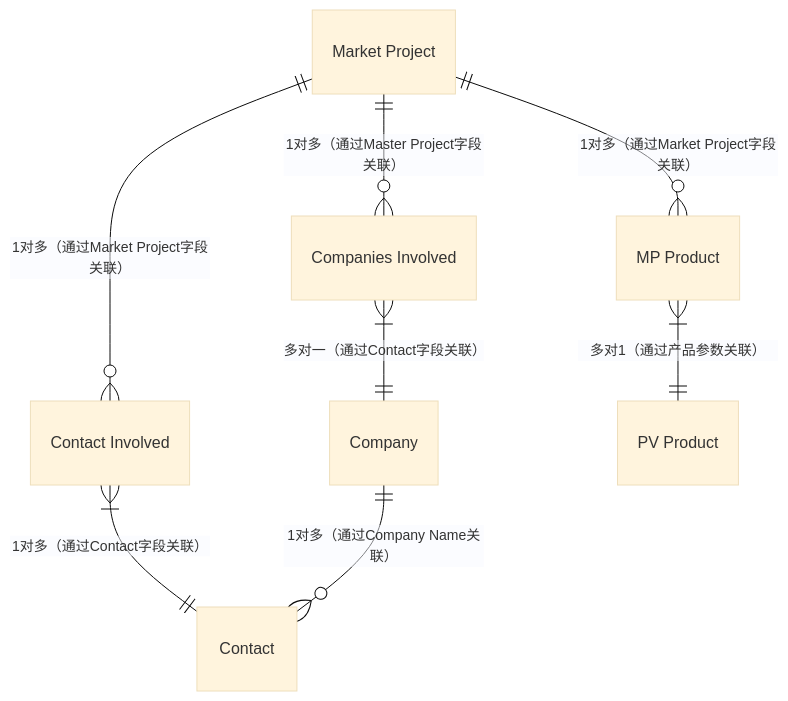
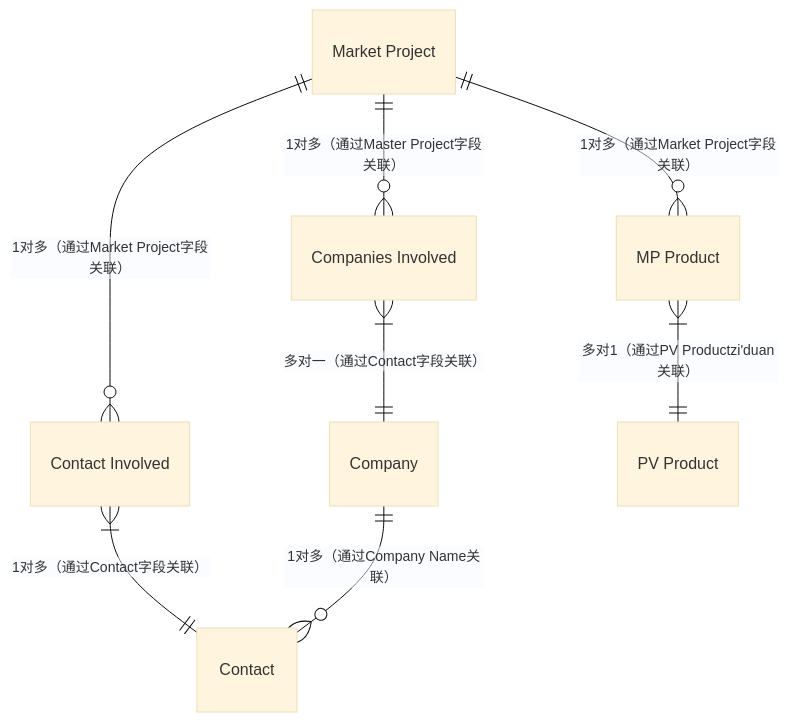
Before and after one commit to zhangziru-33/iodraw-files: the diagram in all/Norden数据E-R图(7个对象，+contact).md, drawn with Mermaid (base theme).

Commit message:
2025-12-04 14:49:48 update

````diff
--- a/all/Norden数据E-R图(7个对象，+contact).md
+++ b/all/Norden数据E-R图(7个对象，+contact).md
@@ -1,20 +1,20 @@
 ```mermaid
 erDiagram
     
     %% Company ||--o{ "PV Product" : "1对多（通过Company字段关联）"
     
     
     "Market Project" ||--o{ "Contact Involved" : "1对多（通过Market Project字段关联）"
     "Contact Involved" }|--|| "Contact" : "1对多（通过Contact字段关联）"
     %% Contact ||--o{ "Conatct Involved" : "1对多（通过Conatct字段关联）"
     Company ||--o{ "Contact" : "1对多（通过Company Name关联）"
     %% Company ||--o{ "Companies Involved" : "1对多（通过Company Name关联）"
     "Companies Involved" }|--|| "Company" : "多对一（通过Contact字段关联）"
     "Market Project" ||--o{ "Companies Involved" : "1对多（通过Master Project字段关联）"
     
 
     "Market Project" ||--o{ "MP Product" : "1对多（通过Market Project字段关联）"
-    "MP Product" }|--|| "PV Product" : "多对1（通过产品参数关联）"
+    "MP Product" }|--|| "PV Product" : "多对1（通过PV Productzi'duan关联）"
    
     
 ```
````
